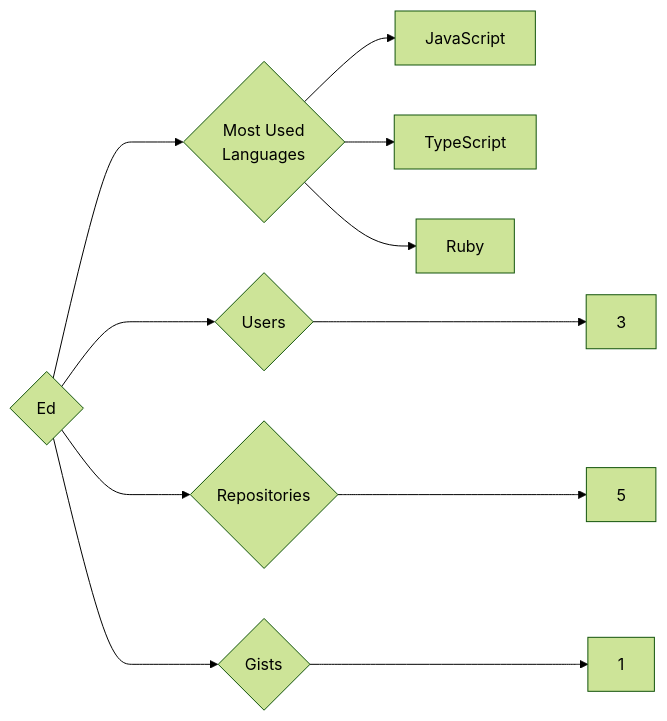
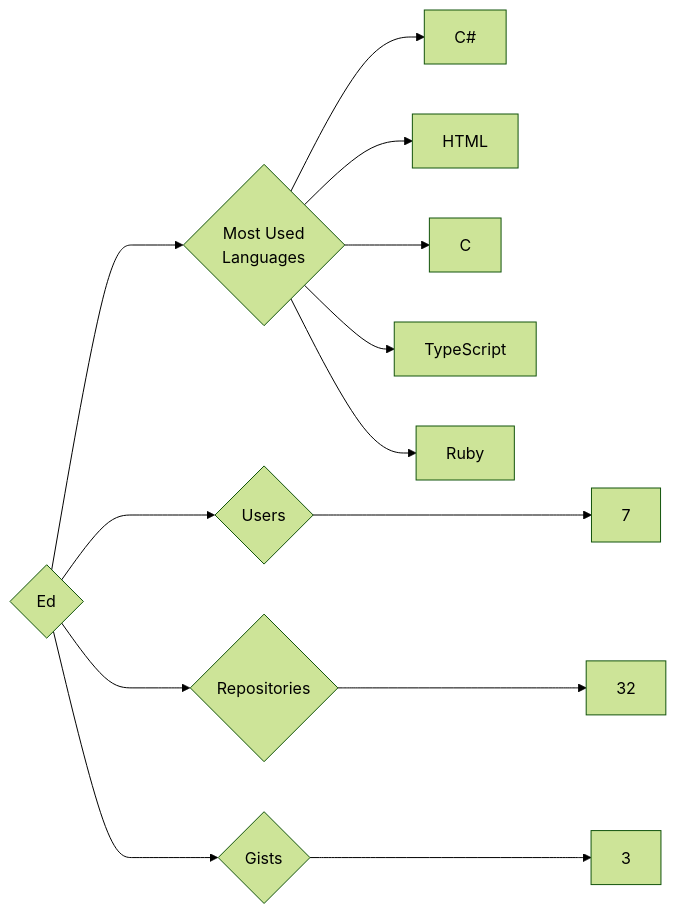
The diagram in targets/Ed/README.md (trickest/insiders), drawn with Mermaid (forest theme) before and after one commit. The commit also changed 1170 other files, not shown here.

````diff
--- a/targets/Ed/README.md
+++ b/targets/Ed/README.md
@@ -3,11 +3,13 @@
 ```mermaid
 graph LR
 COMPANY_NAME{Ed}
-COMPANY_NAME ---> U{Users} ---> UN[3]
-COMPANY_NAME ---> R{Repositories} ---> RN[5]
-COMPANY_NAME ---> G{Gists} ---> GN[1]
+COMPANY_NAME ---> U{Users} ---> UN[7]
+COMPANY_NAME ---> R{Repositories} ---> RN[32]
+COMPANY_NAME ---> G{Gists} ---> GN[3]
 COMPANY_NAME ---> ML{Most Used<br>Languages}
-ML --> JavaScript[JavaScript]
+ML --> C#[C#]
+ML --> HTML[HTML]
+ML --> C[C]
 ML --> TypeScript[TypeScript]
 ML --> Ruby[Ruby]
 ```
````
